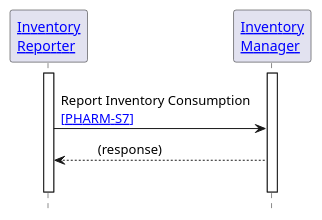
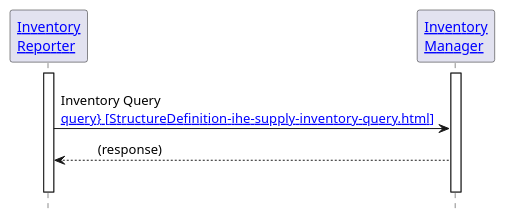
Before and after one commit to IHE/pharm-supply: the diagram in input/images-source/pharm-s7.plantuml, drawn with PlantUML. The commit also changed 10 other files, not shown here.

```diff
--- a/input/images-source/pharm-s7.plantuml
+++ b/input/images-source/pharm-s7.plantuml
@@ -1,21 +1,21 @@
 @startuml
 
 hide footbox
 
 '!include ./style.iuml
 
 
 Participant "[[actors_and_transactions.html#inventory-reporter Inventory\nReporter]]" as IR
 Participant "[[actors_and_transactions.html#inventory-manager Inventory\nManager]]" as IM
 
 activate IR
 activate IM
 IR -[hidden]> IM
-IR -> IM: Report Inventory Consumption\n[[PHARM-S7.html{Consumption notice} ~[PHARM-S7~]]]
+IR -> IM: Inventory Query\n[[PHARM-S7.html{Inventory query}  ~[StructureDefinition-ihe-supply-inventory-query.html~]]]
 IR <-- IM: \t(response)\t
 IR -[hidden]> IM :"  "
 
 deactivate IR
 deactivate IM
 
 @enduml
```
